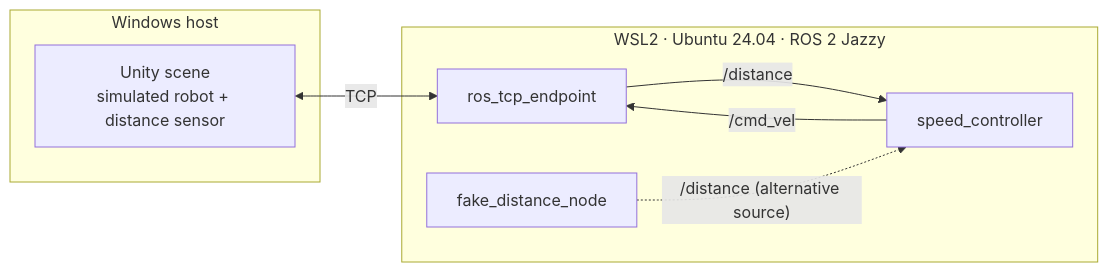
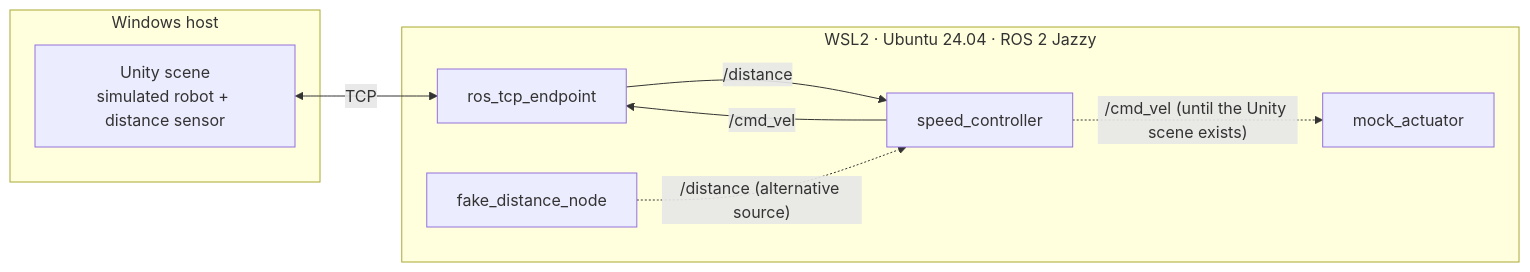
One commit to t-hermanns/ros2-unity-sim changed the diagram in README.md. Above: the diagram before and after it, drawn with Mermaid.

Commit message:
Add mock actuator to architecture diagram

````diff
--- a/README.md
+++ b/README.md
@@ -22,15 +22,17 @@
 ```mermaid
 flowchart LR
     subgraph win["Windows host"]
         U["Unity scene<br/>simulated robot + distance sensor"]
     end
     subgraph wsl["WSL2 · Ubuntu 24.04 · ROS 2 Jazzy"]
         E["ros_tcp_endpoint"]
         F["fake_distance_node"]
         C["speed_controller"]
+        M["mock_actuator"]
     end
     U <-- "TCP" --> E
     E -- "/distance" --> C
     F -. "/distance (alternative source)" .-> C
     C -- "/cmd_vel" --> E
+    C -. "/cmd_vel (until the Unity scene exists)" .-> M
 ```
````
